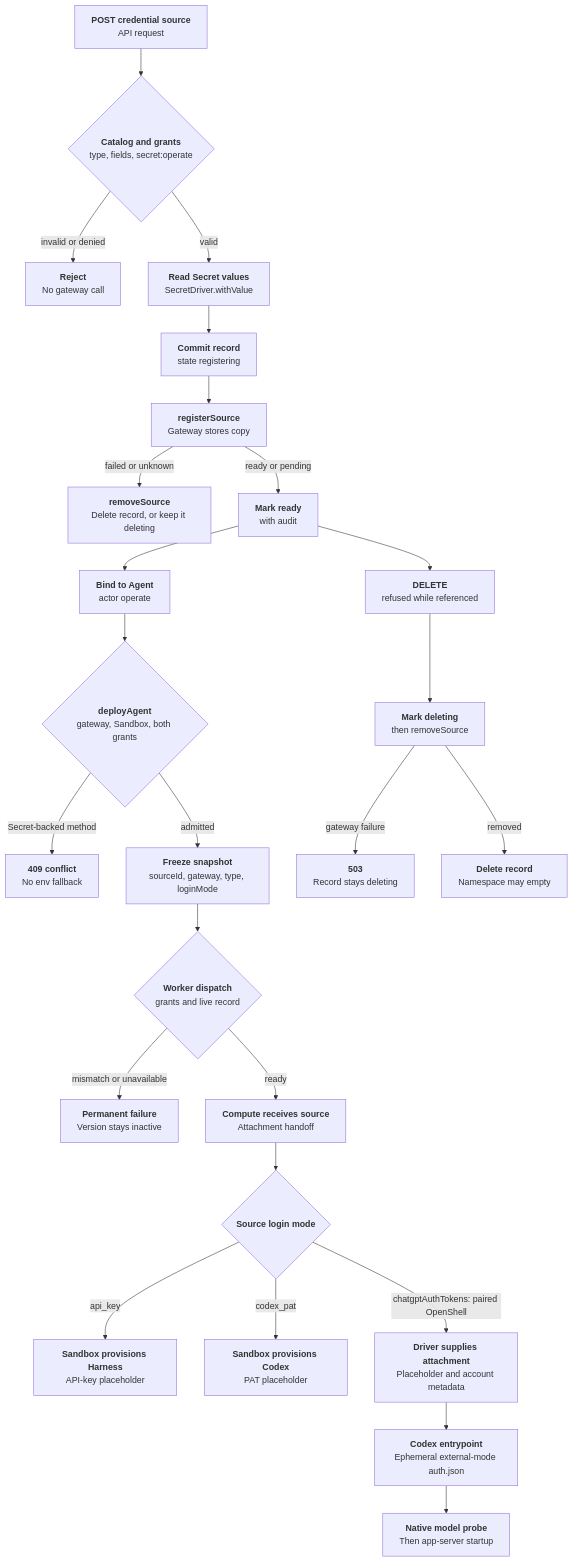
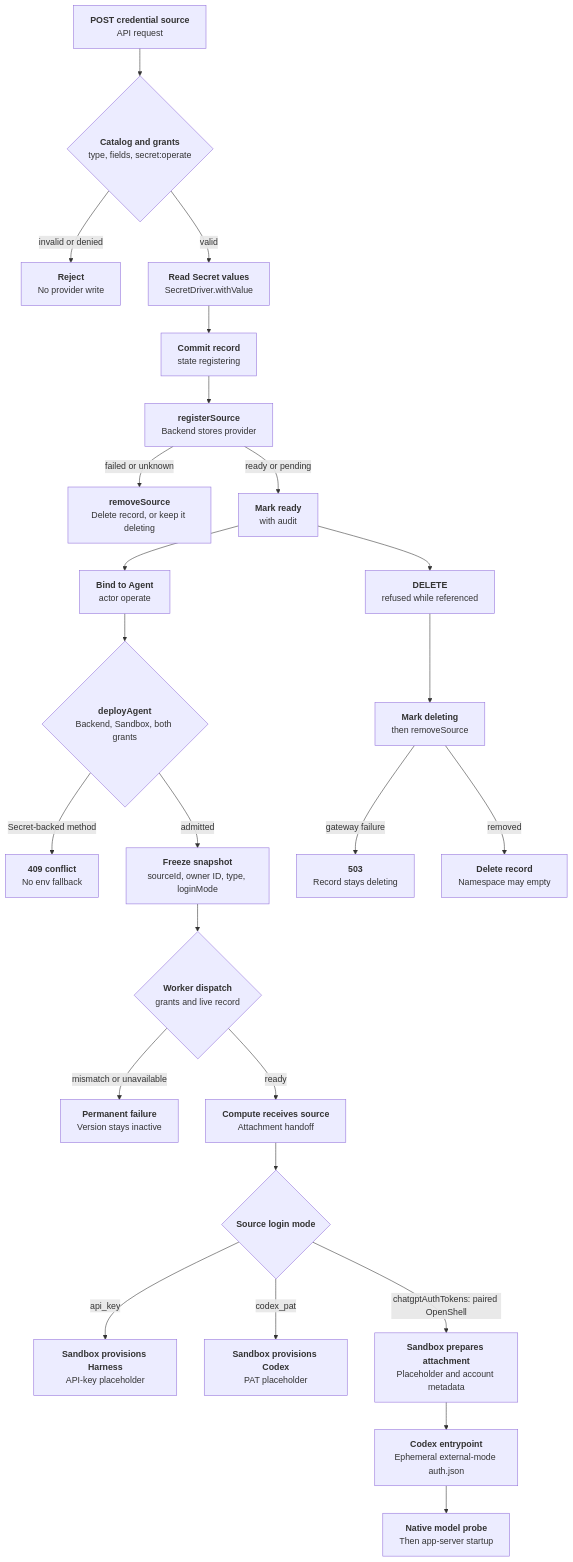
Before and after one commit to openclaw/openclaw-enterprise: the diagram in docs/flows/credential-source-lifecycle.md, drawn with Mermaid. The commit also changed other lines of this file and 81 other files, not shown here.

Commit message:
refactor(credentials): retire gateway selection and register sources with the Backend

````diff
--- a/docs/flows/credential-source-lifecycle.md
+++ b/docs/flows/credential-source-lifecycle.md
@@ -34,27 +34,27 @@
 ```mermaid
 graph TD
   A["<b>POST credential source</b><br/>API request"] --> B{"<b>Catalog and grants</b><br/>type, fields, secret:operate"}
-  B -- "invalid or denied" --> X["<b>Reject</b><br/>No gateway call"]
+  B -- "invalid or denied" --> X["<b>Reject</b><br/>No provider write"]
   B -- "valid" --> C["<b>Read Secret values</b><br/>SecretDriver.withValue"]
   C --> R["<b>Commit record</b><br/>state registering"]
-  R --> D["<b>registerSource</b><br/>Gateway stores copy"]
+  R --> D["<b>registerSource</b><br/>Backend stores provider"]
   D -- "failed or unknown" --> Y["<b>removeSource</b><br/>Delete record, or keep it deleting"]
   D -- "ready or pending" --> E["<b>Mark ready</b><br/>with audit"]
   E --> F["<b>Bind to Agent</b><br/>actor operate"]
-  F --> G{"<b>deployAgent</b><br/>gateway, Sandbox, both grants"}
+  F --> G{"<b>deployAgent</b><br/>Backend, Sandbox, both grants"}
   G -- "Secret-backed method" --> Z["<b>409 conflict</b><br/>No env fallback"]
-  G -- "admitted" --> H["<b>Freeze snapshot</b><br/>sourceId, gateway, type, loginMode"]
+  G -- "admitted" --> H["<b>Freeze snapshot</b><br/>sourceId, owner ID, type, loginMode"]
   H --> I{"<b>Worker dispatch</b><br/>grants and live record"}
   I -- "mismatch or unavailable" --> W["<b>Permanent failure</b><br/>Version stays inactive"]
   I -- "ready" --> J["<b>Compute receives source</b><br/>Attachment handoff"]
   J --> P{"<b>Source login mode</b>"}
   P -- "api_key" --> Q["<b>Sandbox provisions Harness</b><br/>API-key placeholder"]
   P -- "codex_pat" --> Q1["<b>Sandbox provisions Codex</b><br/>PAT placeholder"]
-  P -- "chatgptAuthTokens: paired OpenShell" --> T["<b>Driver supplies attachment</b><br/>Placeholder and account metadata"]
+  P -- "chatgptAuthTokens: paired OpenShell" --> T["<b>Sandbox prepares attachment</b><br/>Placeholder and account metadata"]
   T --> U["<b>Codex entrypoint</b><br/>Ephemeral external-mode auth.json"]
   U --> V["<b>Native model probe</b><br/>Then app-server startup"]
   E --> K["<b>DELETE</b><br/>refused while referenced"]
   K --> L["<b>Mark deleting</b><br/>then removeSource"]
   L -- "gateway failure" --> M["<b>503</b><br/>Record stays deleting"]
   L -- "removed" --> N["<b>Delete record</b><br/>Namespace may empty"]
 ```
````
